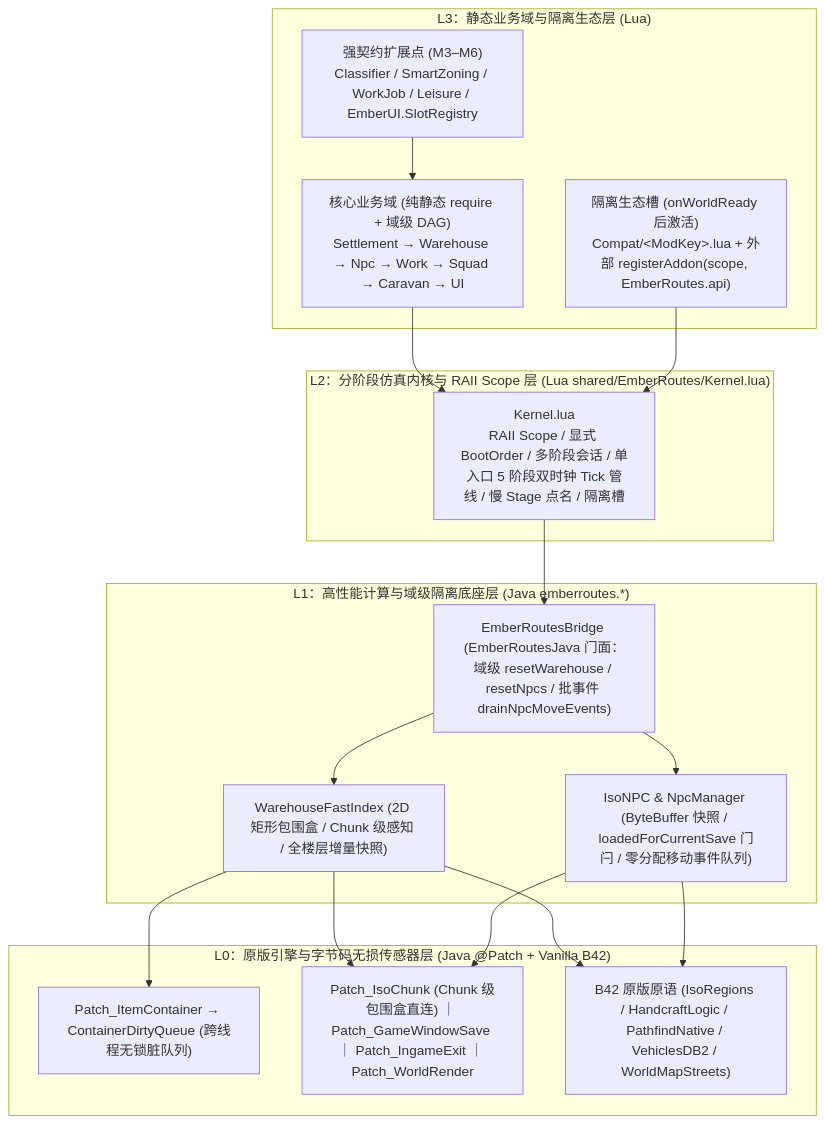
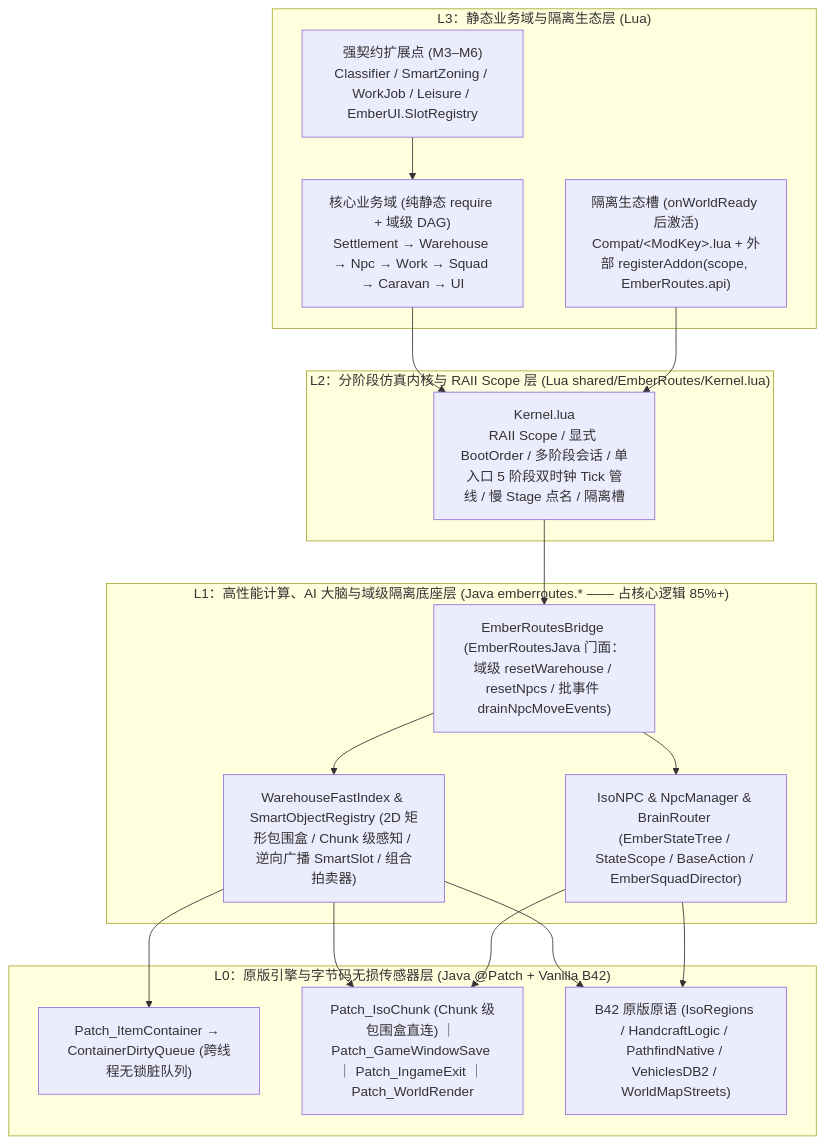
One commit to lurmou/ProjectZombie-EmberRoutesV2 changed the first of 2 diagrams in docs/ARCHITECTURE.md. Above: the diagram before and after it, drawn with Mermaid. The commit also changed other lines of this file and 27 other files, not shown here.

````diff
--- a/docs/ARCHITECTURE.md
+++ b/docs/ARCHITECTURE.md
@@ -28,36 +28,36 @@
 ```mermaid
 flowchart TD
     subgraph L3["L3：静态业务域与隔离生态层 (Lua)"]
         CoreM["核心业务域 (纯静态 require + 域级 DAG)<br/>Settlement → Warehouse → Npc → Work → Squad → Caravan → UI"]
         ExtP["强契约扩展点 (M3–M6)<br/>Classifier / SmartZoning / WorkJob / Leisure / EmberUI.SlotRegistry"]
         IsoP["隔离生态槽 (onWorldReady 后激活)<br/>Compat/&lt;ModKey&gt;.lua + 外部 registerAddon(scope, EmberRoutes.api)"]
     end
 
     subgraph L2["L2：分阶段仿真内核与 RAII Scope 层 (Lua shared/EmberRoutes/Kernel.lua)"]
         Kernel["Kernel.lua<br/>RAII Scope / 显式 BootOrder / 多阶段会话 / 单入口 5 阶段双时钟 Tick 管线 / 慢 Stage 点名 / 隔离槽"]
     end
 
-    subgraph L1["L1：高性能计算与域级隔离底座层 (Java emberroutes.*)"]
+    subgraph L1["L1：高性能计算、AI 大脑与域级隔离底座层 (Java emberroutes.* —— 占核心逻辑 85%+)"]
         Bridge["EmberRoutesBridge (EmberRoutesJava 门面：域级 resetWarehouse / resetNpcs / 批事件 drainNpcMoveEvents)"]
-        FastIdx["WarehouseFastIndex (2D 矩形包围盒 / Chunk 级感知 / 全楼层增量快照)"]
-        NpcCore["IsoNPC &amp; NpcManager (ByteBuffer 快照 / loadedForCurrentSave 门闩 / 零分配移动事件队列)"]
+        FastIdx["WarehouseFastIndex &amp; SmartObjectRegistry (2D 矩形包围盒 / Chunk 级感知 / 逆向广播 SmartSlot / 组合拍卖器)"]
+        NpcCore["IsoNPC &amp; NpcManager &amp; BrainRouter (EmberStateTree / StateScope / BaseAction / EmberSquadDirector)"]
     end
 
     subgraph L0["L0：原版引擎与字节码无损传感器层 (Java @Patch + Vanilla B42)"]
         PatchIC["Patch_ItemContainer → ContainerDirtyQueue (跨线程无锁脏队列)"]
         PatchChunk["Patch_IsoChunk (Chunk 级包围盒直连) ｜ Patch_GameWindowSave ｜ Patch_IngameExit ｜ Patch_WorldRender"]
         Vanilla["B42 原版原语 (IsoRegions / HandcraftLogic / PathfindNative / VehiclesDB2 / WorldMapStreets)"]
     end
 
     CoreM --> Kernel
     ExtP --> CoreM
     IsoP --> Kernel
     Kernel --> Bridge
     Bridge --> FastIdx
     Bridge --> NpcCore
     FastIdx --> PatchIC
     FastIdx --> PatchChunk
     FastIdx --> Vanilla
     NpcCore --> PatchChunk
     NpcCore --> Vanilla
 ```
````
